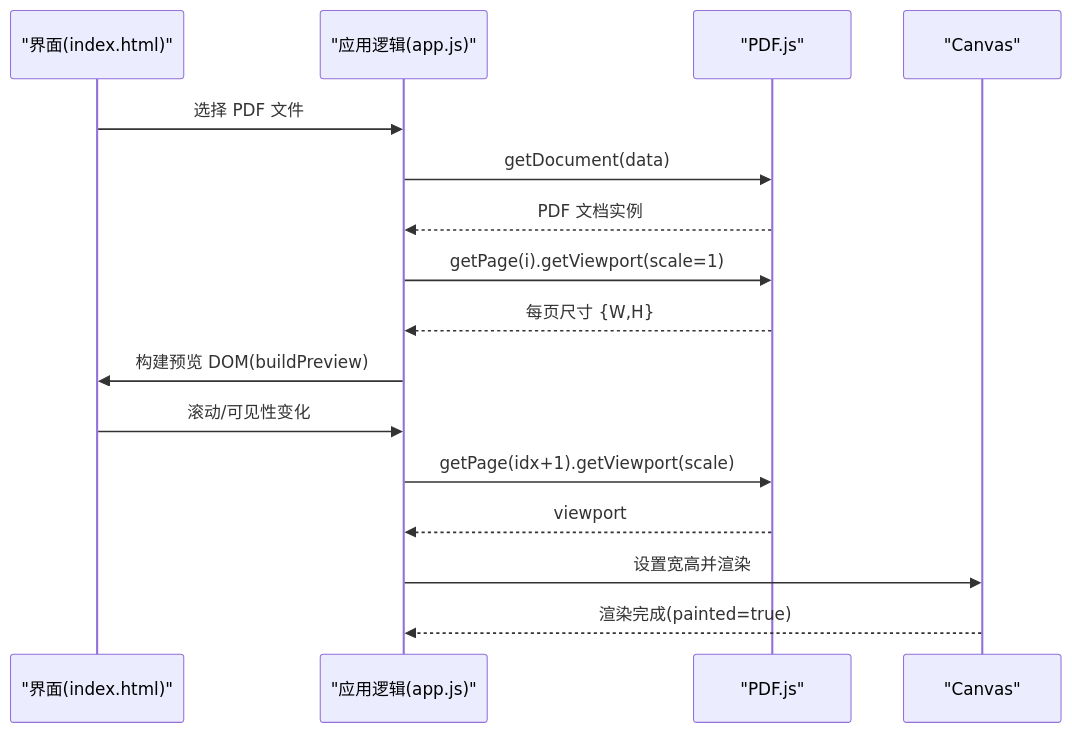
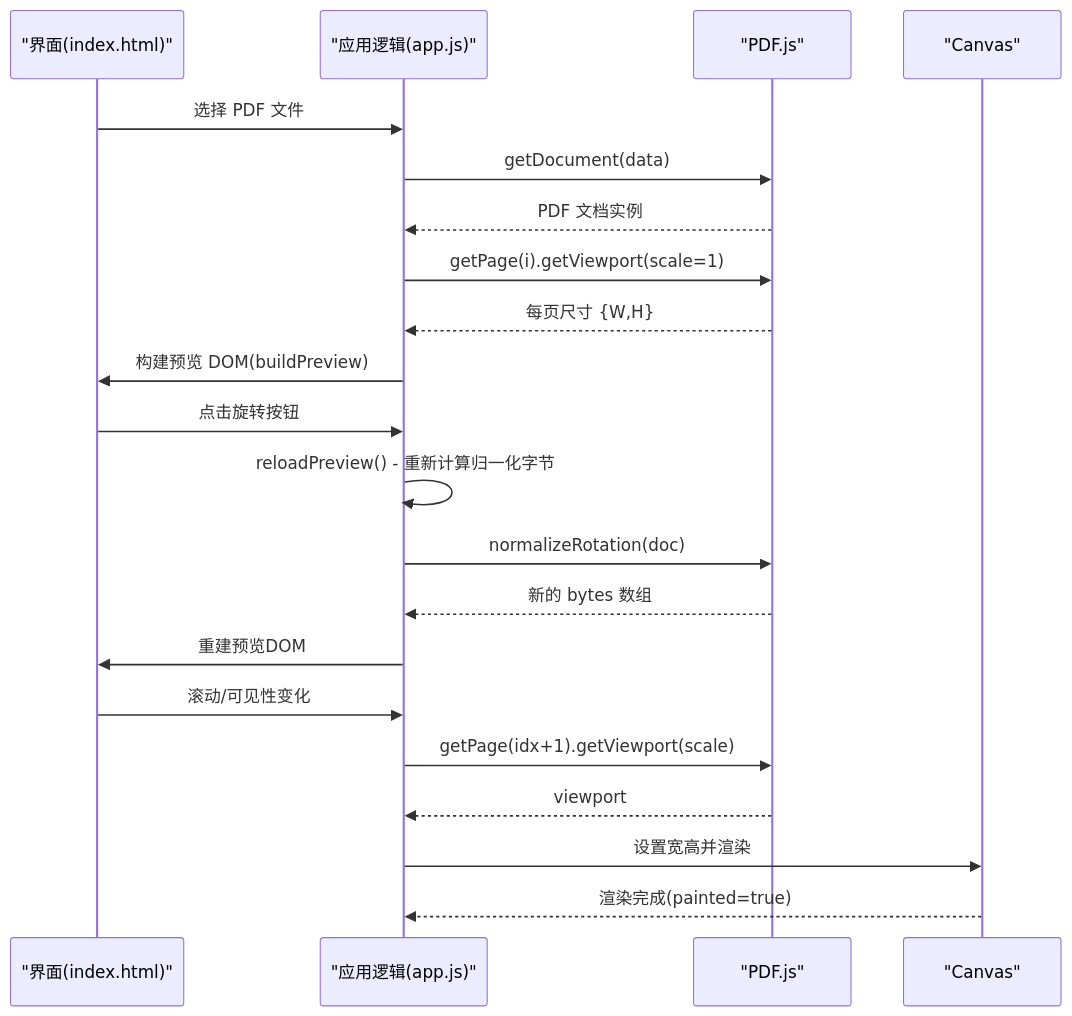
The second of 10 diagrams in .qoder/repowiki/zh/content/Web应用架构/PDF处理引擎/预览渲染系统.md (wzh8080/PDFTools), drawn with Mermaid before and after one commit. The commit also changed other lines of this file and 30 other files, not shown here.

````diff
--- a/.qoder/repowiki/zh/content/Web应用架构/PDF处理引擎/预览渲染系统.md
+++ b/.qoder/repowiki/zh/content/Web应用架构/PDF处理引擎/预览渲染系统.md
@@ -69,18 +81,23 @@
 ```mermaid
 sequenceDiagram
 participant UI as "界面(index.html)"
 participant App as "应用逻辑(app.js)"
 participant PDFJS as "PDF.js"
 participant Canvas as "Canvas"
 UI->>App : 选择 PDF 文件
 App->>PDFJS : getDocument(data)
 PDFJS-->>App : PDF 文档实例
 App->>PDFJS : getPage(i).getViewport(scale=1)
 PDFJS-->>App : 每页尺寸 {W,H}
 App->>UI : 构建预览 DOM(buildPreview)
+UI->>App : 点击旋转按钮
+App->>App : reloadPreview() - 重新计算归一化字节
+App->>PDFJS : normalizeRotation(doc)
+PDFJS-->>App : 新的 bytes 数组
+App->>UI : 重建预览DOM
 UI->>App : 滚动/可见性变化
 App->>PDFJS : getPage(idx+1).getViewport(scale)
 PDFJS-->>App : viewport
 App->>Canvas : 设置宽高并渲染
 Canvas-->>App : 渲染完成(painted=true)
 ```
````
